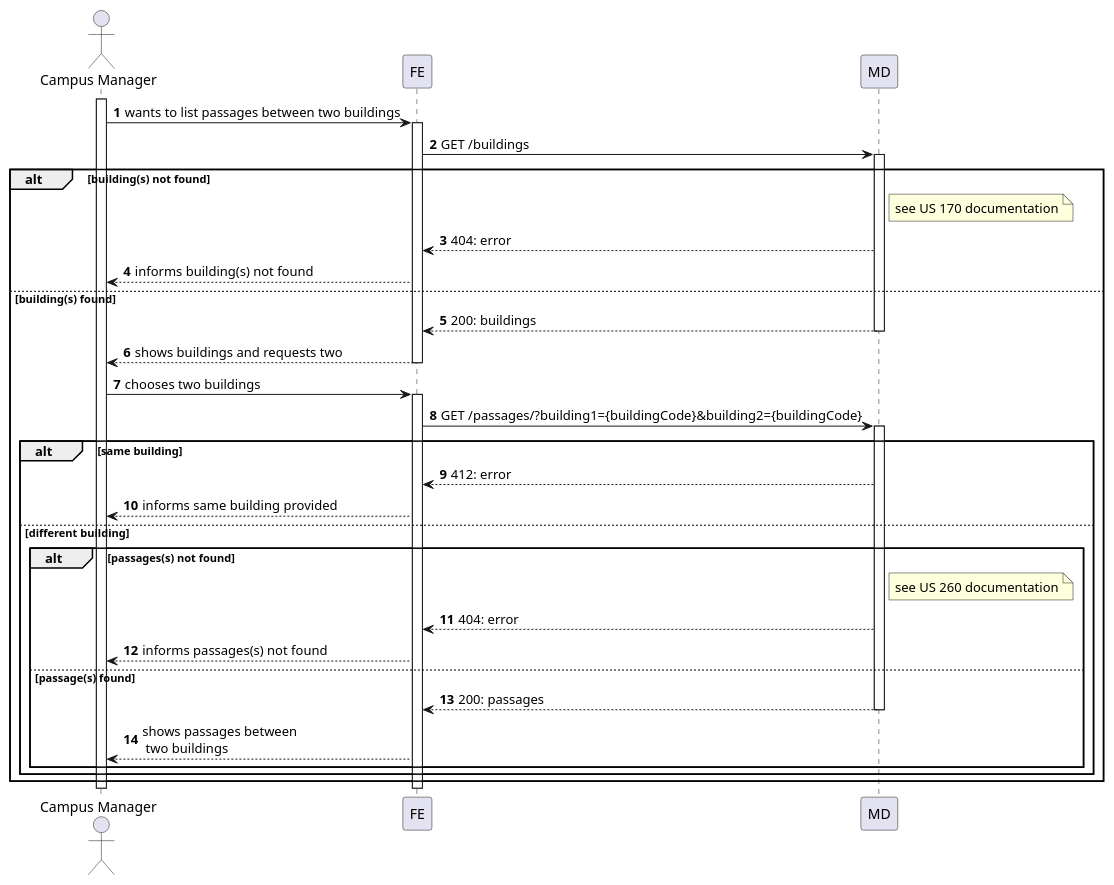
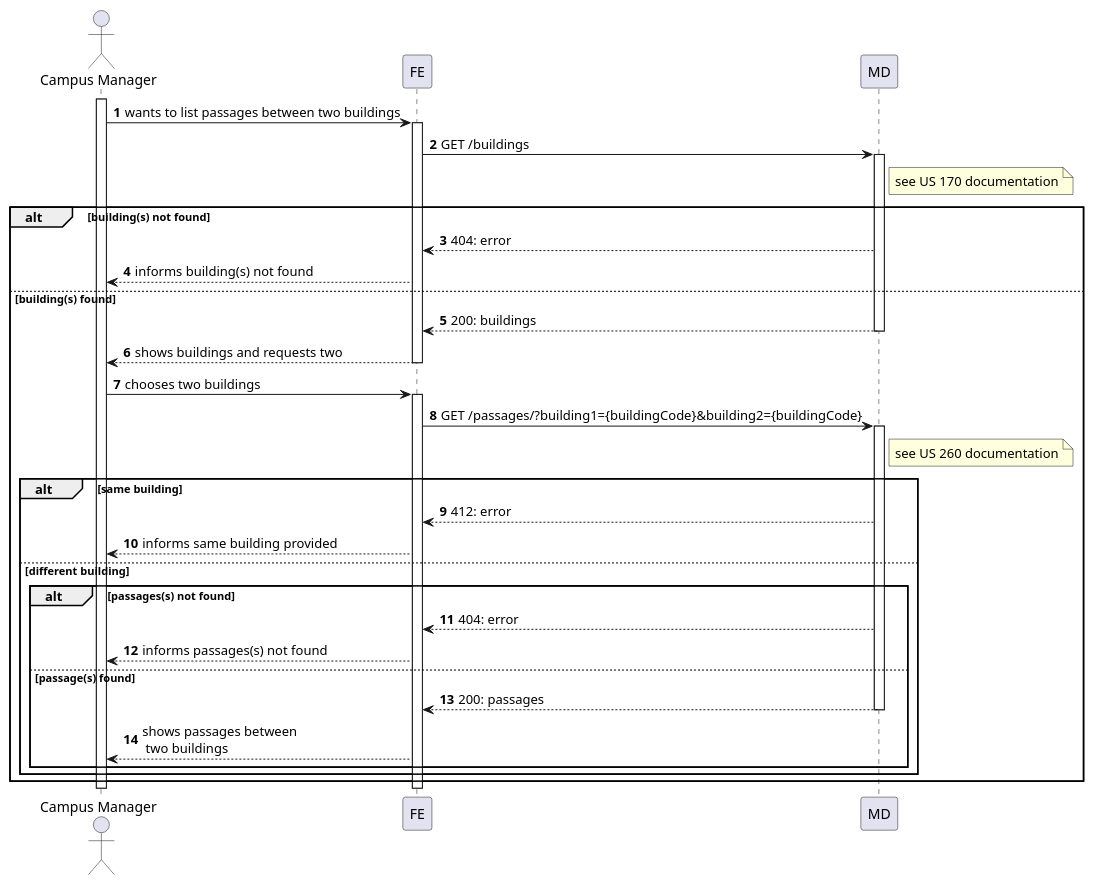
One commit to Departamento-de-Engenharia-Informatica/lapr5-23-24-g19 changed the diagram in docs/us1190/level2/process-view.puml. Above: the diagram before and after it, drawn with PlantUML. The commit also changed 13 other files, not shown here.

```diff
--- a/docs/us1190/level2/process-view.puml
+++ b/docs/us1190/level2/process-view.puml
@@ -1,55 +1,57 @@
 @startuml
 autonumber
 
 actor "Campus Manager" as usr
 
 participant "FE" as ui
 participant "MD" as md
 
 activate usr
     usr -> ui : wants to list passages between two buildings
     activate ui
 
         ui -> md : GET /buildings
+        note right of md : see US 170 documentation
         alt building(s) not found
             activate md
-            note right of md : see US 170 documentation
+
                 md --> ui : 404: error
 
             ui --> usr : informs building(s) not found
 
         else building(s) found
             md --> ui : 200: buildings
 
             deactivate md
             ui --> usr : shows buildings and requests two
     deactivate ui
 
     usr -> ui : chooses two buildings
     activate ui
         ui -> md : GET /passages/?building1={buildingCode}&building2={buildingCode}
+        note right of md : see US 260 documentation
         activate md
 
 
         alt same building
             md --> ui : 412: error
             ui --> usr: informs same building provided
         else different building
 
         alt passages(s) not found
-                note right of md : see US 260 documentation
+
                 md --> ui: 404: error
 
             ui --> usr : informs passages(s) not found
         else passage(s) found
             md --> ui : 200: passages
 
             deactivate md
             ui --> usr : shows passages between\n two buildings
             end
         end
     end
     deactivate ui
 deactivate usr
 
 @enduml
```
